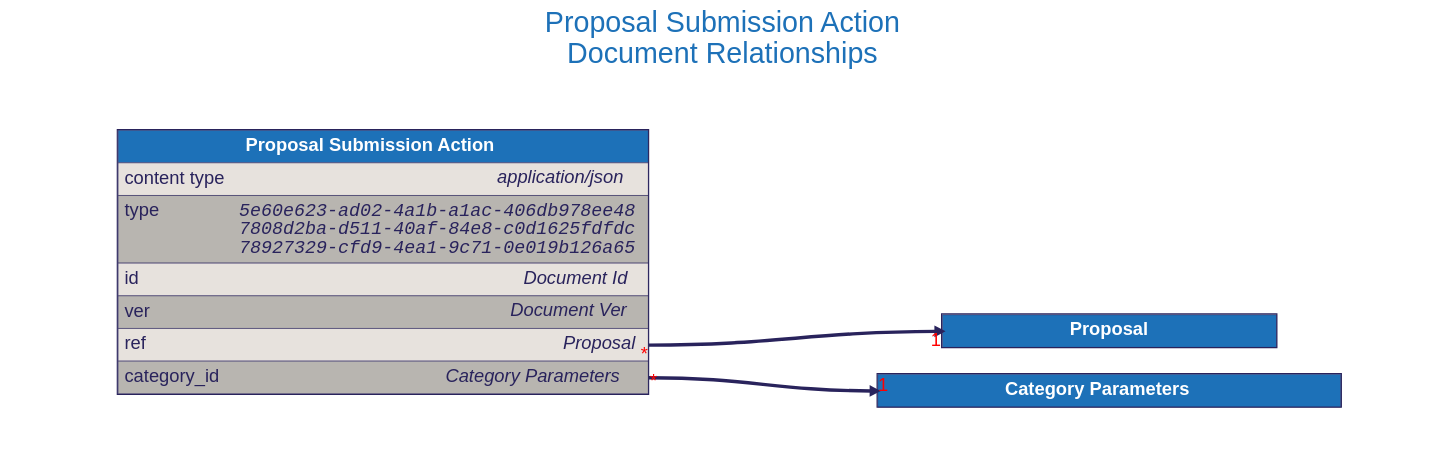
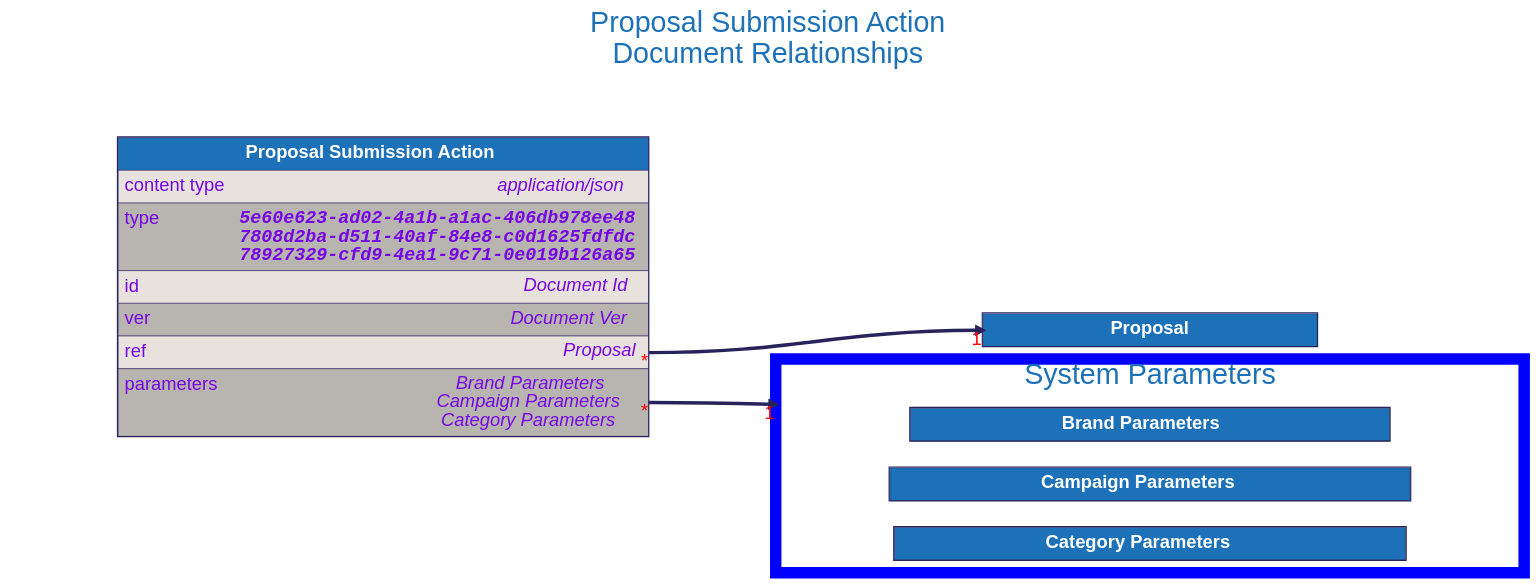
One commit to input-output-hk/catalyst-libs changed the diagram in docs/src/architecture/08_concepts/signed_doc/diagrams/proposal_submission_action.dot. Above: the diagram before and after it, drawn with Graphviz. The commit also changed 59 other files, not shown here.

```diff
--- a/docs/src/architecture/08_concepts/signed_doc/diagrams/proposal_submission_action.dot
+++ b/docs/src/architecture/08_concepts/signed_doc/diagrams/proposal_submission_action.dot
@@ -1,121 +1,159 @@
 digraph "Proposal Submission Action" {
     rankdir="LR"
-        graph [fontname="helvetica", fontsize="32", fontcolor="#29235c", bgcolor="white"];
-        node [penwidth="0", margin="0", fontname="helvetica", fontsize="32", fontcolor="#29235c"];
-        edge [fontname="helvetica", fontsize="32", fontcolor="red", color="#29235c"];
+    graph [fontname="helvetica", fontsize="32", fontcolor="#29235c", bgcolor="white"];
+    node [penwidth="0", margin="0", fontname="helvetica", fontsize="32", fontcolor="#29235c"];
+    edge [fontname="helvetica", fontsize="32", fontcolor="red", color="#29235c"];
 
     labelloc="t"
     label="Proposal Submission Action
 Document Relationships"
     fontcolor="#1d71b8"
     fontsize=50
+    compound=true
+
 
 
     "Proposal" [
         id="Proposal";
         label=<
             <TABLE BORDER="2" COLOR="#29235c" CELLBORDER="1" CELLSPACING="0" CELLPADDING="10">
             <TR>
                 <TD PORT="title" BGCOLOR="#1d71b8" HREF="../proposal/">
                     <FONT COLOR="#ffffff"><B> Proposal </B></FONT>
-                </TD>
-            </TR>
-
-            </TABLE>
-        >
-    ];
-
-
-    "Category Parameters" [
-        id="Category Parameters";
-        label=<
-            <TABLE BORDER="2" COLOR="#29235c" CELLBORDER="1" CELLSPACING="0" CELLPADDING="10">
-            <TR>
-                <TD PORT="title" BGCOLOR="#1d71b8" HREF="../category_parameters/">
-                    <FONT COLOR="#ffffff"><B> Category Parameters </B></FONT>
                 </TD>
             </TR>
 
             </TABLE>
         >
     ];
 
 
     "Proposal Submission Action" [
         id="Proposal Submission Action";
         label=<
             <TABLE BORDER="2" COLOR="#29235c" CELLBORDER="1" CELLSPACING="0" CELLPADDING="10">
             <TR>
                 <TD PORT="title" BGCOLOR="#1d71b8" HREF="../proposal_submission_action/">
                     <FONT COLOR="#ffffff"><B> Proposal Submission Action </B></FONT>
                 </TD>
             </TR>
             <TR>
                 <TD ALIGN="LEFT" PORT="content type" BGCOLOR="#e7e2dd">
                     <TABLE CELLPADDING="0" CELLSPACING="0" BORDER="0">
                         <TR>
-                            <TD ALIGN="LEFT" VALIGN="TOP" WIDTH="200"><FONT>content type</FONT></TD>
-                            <TD ALIGN="RIGHT"><FONT><I>application/json</I></FONT></TD>
+                            <TD ALIGN="LEFT" VALIGN="TOP" WIDTH="200"><FONT COLOR="#7706E5">content type</FONT></TD>
+                            <TD ALIGN="RIGHT"><FONT COLOR="#7706E5"><I>application/json</I></FONT></TD>
                         </TR>
                     </TABLE>
                 </TD>
             </TR>
             <TR>
                 <TD ALIGN="LEFT" PORT="type" BGCOLOR="#b8b5b0">
                     <TABLE CELLPADDING="0" CELLSPACING="0" BORDER="0">
                         <TR>
-                            <TD ALIGN="LEFT" VALIGN="TOP" WIDTH="200"><FONT>type</FONT></TD>
-                            <TD ALIGN="RIGHT"><FONT FACE="Courier"><I>5e60e623-ad02-4a1b-a1ac-406db978ee48<BR />7808d2ba-d511-40af-84e8-c0d1625fdfdc<BR />78927329-cfd9-4ea1-9c71-0e019b126a65</I></FONT></TD>
+                            <TD ALIGN="LEFT" VALIGN="TOP" WIDTH="200"><FONT COLOR="#7706E5">type</FONT></TD>
+                            <TD ALIGN="RIGHT"><FONT FACE="Courier" COLOR="#7706E5"><B><I>5e60e623-ad02-4a1b-a1ac-406db978ee48<BR />7808d2ba-d511-40af-84e8-c0d1625fdfdc<BR />78927329-cfd9-4ea1-9c71-0e019b126a65</I></B></FONT></TD>
                         </TR>
                     </TABLE>
                 </TD>
             </TR>
             <TR>
                 <TD ALIGN="LEFT" PORT="id" BGCOLOR="#e7e2dd">
                     <TABLE CELLPADDING="0" CELLSPACING="0" BORDER="0">
                         <TR>
-                            <TD ALIGN="LEFT" VALIGN="TOP" WIDTH="200"><FONT>id</FONT></TD>
-                            <TD ALIGN="RIGHT"><FONT><I>Document Id</I></FONT></TD>
+                            <TD ALIGN="LEFT" VALIGN="TOP" WIDTH="200"><FONT COLOR="#7706E5">id</FONT></TD>
+                            <TD ALIGN="RIGHT"><FONT COLOR="#7706E5"><I>Document Id</I></FONT></TD>
                         </TR>
                     </TABLE>
                 </TD>
             </TR>
             <TR>
                 <TD ALIGN="LEFT" PORT="ver" BGCOLOR="#b8b5b0">
                     <TABLE CELLPADDING="0" CELLSPACING="0" BORDER="0">
                         <TR>
-                            <TD ALIGN="LEFT" VALIGN="TOP" WIDTH="200"><FONT>ver</FONT></TD>
-                            <TD ALIGN="RIGHT"><FONT><I>Document Ver</I></FONT></TD>
+                            <TD ALIGN="LEFT" VALIGN="TOP" WIDTH="200"><FONT COLOR="#7706E5">ver</FONT></TD>
+                            <TD ALIGN="RIGHT"><FONT COLOR="#7706E5"><I>Document Ver</I></FONT></TD>
                         </TR>
                     </TABLE>
                 </TD>
             </TR>
             <TR>
                 <TD ALIGN="LEFT" PORT="ref" BGCOLOR="#e7e2dd">
                     <TABLE CELLPADDING="0" CELLSPACING="0" BORDER="0">
                         <TR>
-                            <TD ALIGN="LEFT" VALIGN="TOP" WIDTH="200"><FONT>ref</FONT></TD>
-                            <TD ALIGN="RIGHT"><FONT><I>Proposal</I></FONT></TD>
+                            <TD ALIGN="LEFT" VALIGN="TOP" WIDTH="200"><FONT COLOR="#7706E5">ref</FONT></TD>
+                            <TD ALIGN="RIGHT"><FONT COLOR="#7706E5"><I>Proposal</I></FONT></TD>
                         </TR>
                     </TABLE>
                 </TD>
             </TR>
             <TR>
-                <TD ALIGN="LEFT" PORT="category_id" BGCOLOR="#b8b5b0">
+                <TD ALIGN="LEFT" PORT="parameters" BGCOLOR="#b8b5b0">
                     <TABLE CELLPADDING="0" CELLSPACING="0" BORDER="0">
                         <TR>
-                            <TD ALIGN="LEFT" VALIGN="TOP" WIDTH="200"><FONT>category_id</FONT></TD>
-                            <TD ALIGN="RIGHT"><FONT><I>Category Parameters</I></FONT></TD>
+                            <TD ALIGN="LEFT" VALIGN="TOP" WIDTH="200"><FONT COLOR="#7706E5">parameters</FONT></TD>
+                            <TD ALIGN="RIGHT"><FONT COLOR="#7706E5"><I>Brand Parameters<BR />Campaign Parameters<BR />Category Parameters</I></FONT></TD>
                         </TR>
                     </TABLE>
                 </TD>
             </TR>
 
             </TABLE>
         >
     ];
 
 
+    subgraph cluster_system_parameters {
+        label = "System Parameters";
+        color=blue
+        penwidth=20
+
+        "Brand Parameters" [
+            id="Brand Parameters";
+            label=<
+                <TABLE BORDER="2" COLOR="#29235c" CELLBORDER="1" CELLSPACING="0" CELLPADDING="10">
+                <TR>
+                    <TD PORT="title" BGCOLOR="#1d71b8" HREF="../brand_parameters/">
+                        <FONT COLOR="#ffffff"><B> Brand Parameters </B></FONT>
+                    </TD>
+                </TR>
+
+                </TABLE>
+            >
+        ];
+
+
+        "Campaign Parameters" [
+            id="Campaign Parameters";
+            label=<
+                <TABLE BORDER="2" COLOR="#29235c" CELLBORDER="1" CELLSPACING="0" CELLPADDING="10">
+                <TR>
+                    <TD PORT="title" BGCOLOR="#1d71b8" HREF="../campaign_parameters/">
+                        <FONT COLOR="#ffffff"><B> Campaign Parameters </B></FONT>
+                    </TD>
+                </TR>
+
+                </TABLE>
+            >
+        ];
+
+
+        "Category Parameters" [
+            id="Category Parameters";
+            label=<
+                <TABLE BORDER="2" COLOR="#29235c" CELLBORDER="1" CELLSPACING="0" CELLPADDING="10">
+                <TR>
+                    <TD PORT="title" BGCOLOR="#1d71b8" HREF="../category_parameters/">
+                        <FONT COLOR="#ffffff"><B> Category Parameters </B></FONT>
+                    </TD>
+                </TR>
+
+                </TABLE>
+            >
+        ];
+
+    }
+
     "Proposal Submission Action":"ref":e -> "Proposal":"title":w [dir=forward, penwidth=6, color="#29235c", headlabel="1", taillabel="*"]
-    "Proposal Submission Action":"category_id":e -> "Category Parameters":"title":w [dir=forward, penwidth=6, color="#29235c", headlabel="1", taillabel="*"]
+    "Proposal Submission Action":"parameters":e -> "Brand Parameters" [dir=forward, penwidth=6, color="#29235c", headlabel="1", taillabel="*", lhead="cluster_system_parameters"]
 }
```
